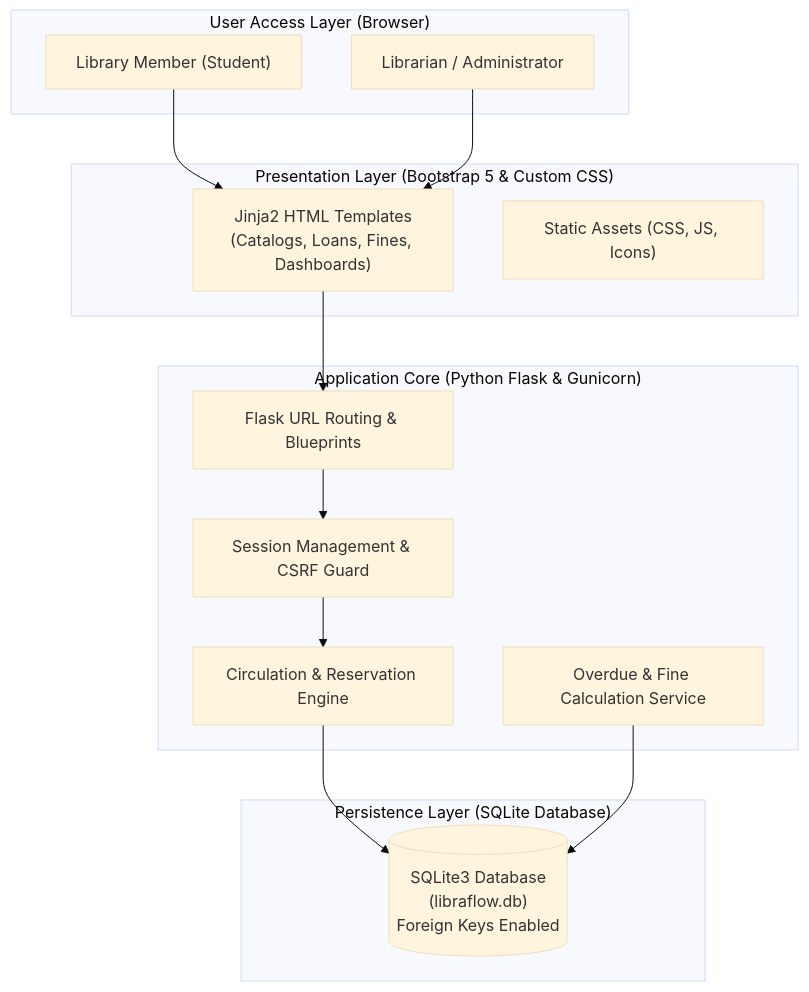
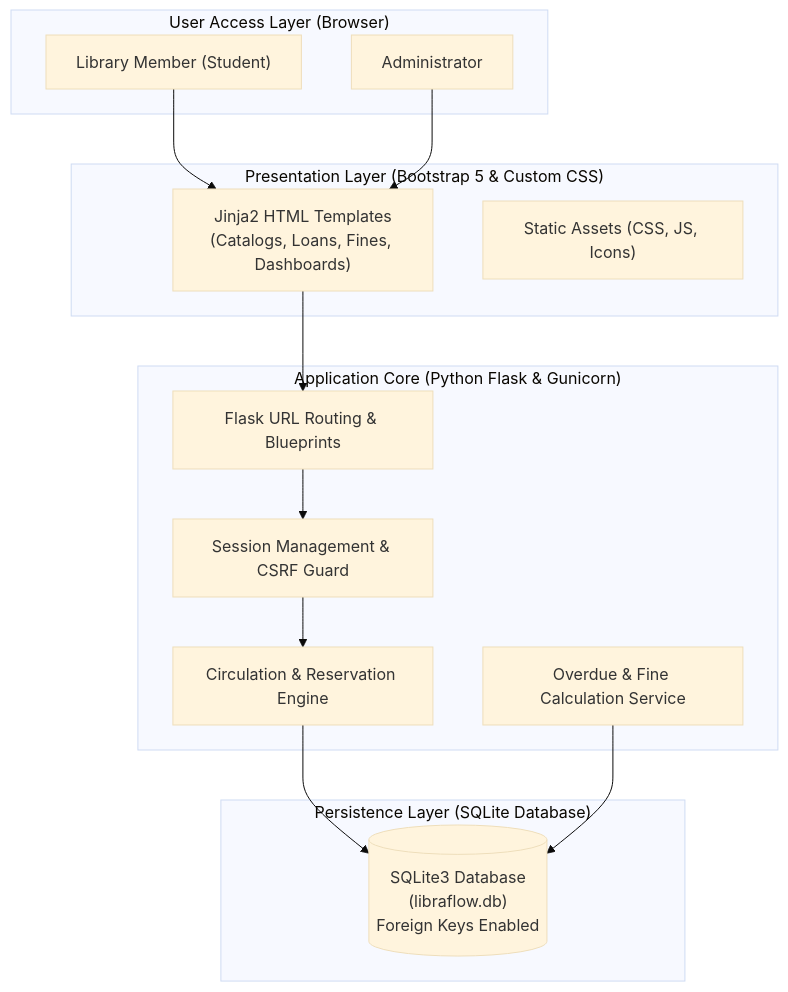
The first of 4 diagrams in docs/architecture.md (Areena-mariya-saji/LibraFlow), drawn with Mermaid (base theme) before and after one commit. The commit also changed other lines of this file and 17 other files, not shown here.

Commit message:
feat: streamline to two-portal architecture (Admin and Student), remove demo label and librarian role

````diff
--- a/docs/architecture.md
+++ b/docs/architecture.md
@@ -15,31 +15,31 @@
 ```mermaid
 flowchart TD
     subgraph ClientLayer["User Access Layer (Browser)"]
         Member["Library Member (Student)"]
-        Librarian["Librarian / Administrator"]
+        Admin["Administrator"]
     end
 
     subgraph PresentationLayer["Presentation Layer (Bootstrap 5 & Custom CSS)"]
         Views["Jinja2 HTML Templates\n(Catalogs, Loans, Fines, Dashboards)"]
         Static["Static Assets (CSS, JS, Icons)"]
     end
 
     subgraph AppLayer["Application Core (Python Flask & Gunicorn)"]
         Router["Flask URL Routing & Blueprints"]
         Auth["Session Management & CSRF Guard"]
         BusinessLogic["Circulation & Reservation Engine"]
         OverdueCron["Overdue & Fine Calculation Service"]
     end
 
     subgraph DataLayer["Persistence Layer (SQLite Database)"]
         DB[("SQLite3 Database\n(libraflow.db)\nForeign Keys Enabled")]
     end
 
     Member --> Views
-    Librarian --> Views
+    Admin --> Views
     Views --> Router
     Router --> Auth
     Auth --> BusinessLogic
     BusinessLogic --> DB
     OverdueCron --> DB
 ```
````
